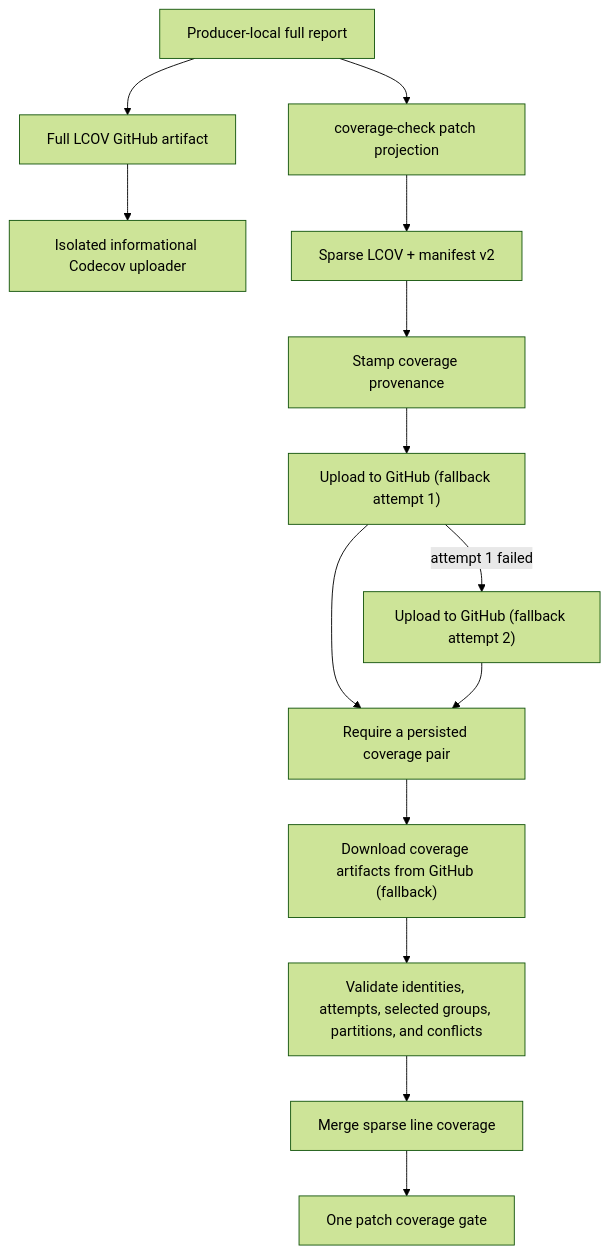
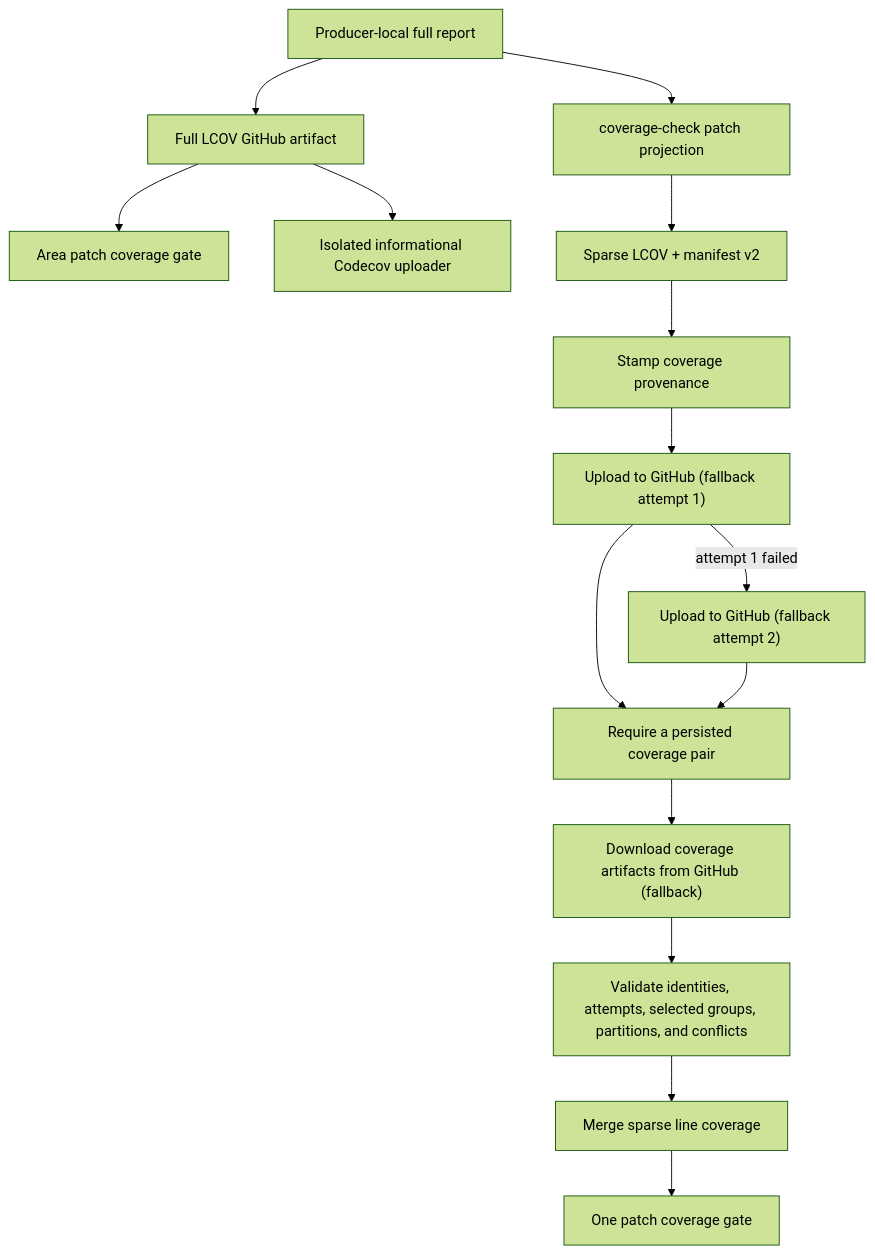
One commit to vouchington/vouchington changed the diagram in .github/workflows/COVERAGE.md. Above: the diagram before and after it, drawn with Mermaid (forest theme). The commit also changed other lines of this file and 68 other files, not shown here.

````diff
--- a/.github/workflows/COVERAGE.md
+++ b/.github/workflows/COVERAGE.md
@@ -46,16 +53,17 @@
 ```mermaid
 flowchart TD
   Full["Producer-local full report"] --> Project["coverage-check patch projection"]
   Full --> FullArtifact["Full LCOV GitHub artifact"]
+  FullArtifact --> AreaGate["Area patch coverage gate"]
   FullArtifact --> Codecov["Isolated informational Codecov uploader"]
   Project --> Pair["Sparse LCOV + manifest v2"]
   Pair --> Stamp["Stamp coverage provenance"]
   Stamp --> Attempt1["Upload to GitHub (fallback attempt 1)"]
   Attempt1 -->|attempt 1 failed| Attempt2["Upload to GitHub (fallback attempt 2)"]
   Attempt1 --> Outcome["Require a persisted coverage pair"]
   Attempt2 --> Outcome
   Outcome --> Download["Download coverage artifacts from GitHub (fallback)"]
   Download --> Validate["Validate identities, attempts, selected groups, partitions, and conflicts"]
   Validate --> Merge["Merge sparse line coverage"]
   Merge --> Gate["One patch coverage gate"]
 ```
````
